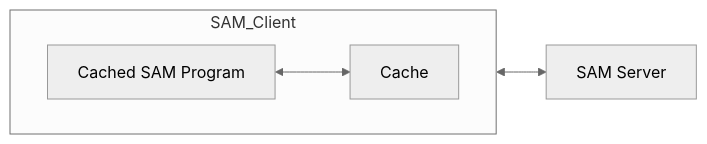
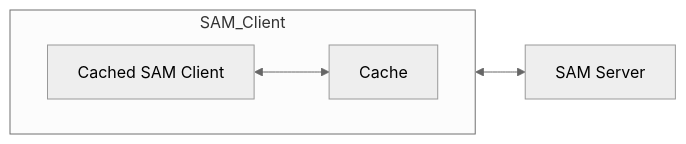
One commit to NikhilSDate/Cached-OSAM changed the diagram in README.md. Above: the diagram before and after it, drawn with Mermaid (neutral theme). The commit also changed other lines of this file, not shown here.

````diff
--- a/README.md
+++ b/README.md
@@ -7,14 +7,14 @@
 ```mermaid
 flowchart LR
     SAM_Client["SAM Client"]
     SAM_Server["SAM Server"]
 
     SAM_Client <--> SAM_Server
 
     subgraph SAM_Client
         direction LR
-        CSP["Cached SAM Program"]
+        CSP["Cached SAM Client"]
         CACHE["Cache"]
         CSP <--> CACHE
     end
 ```
````
